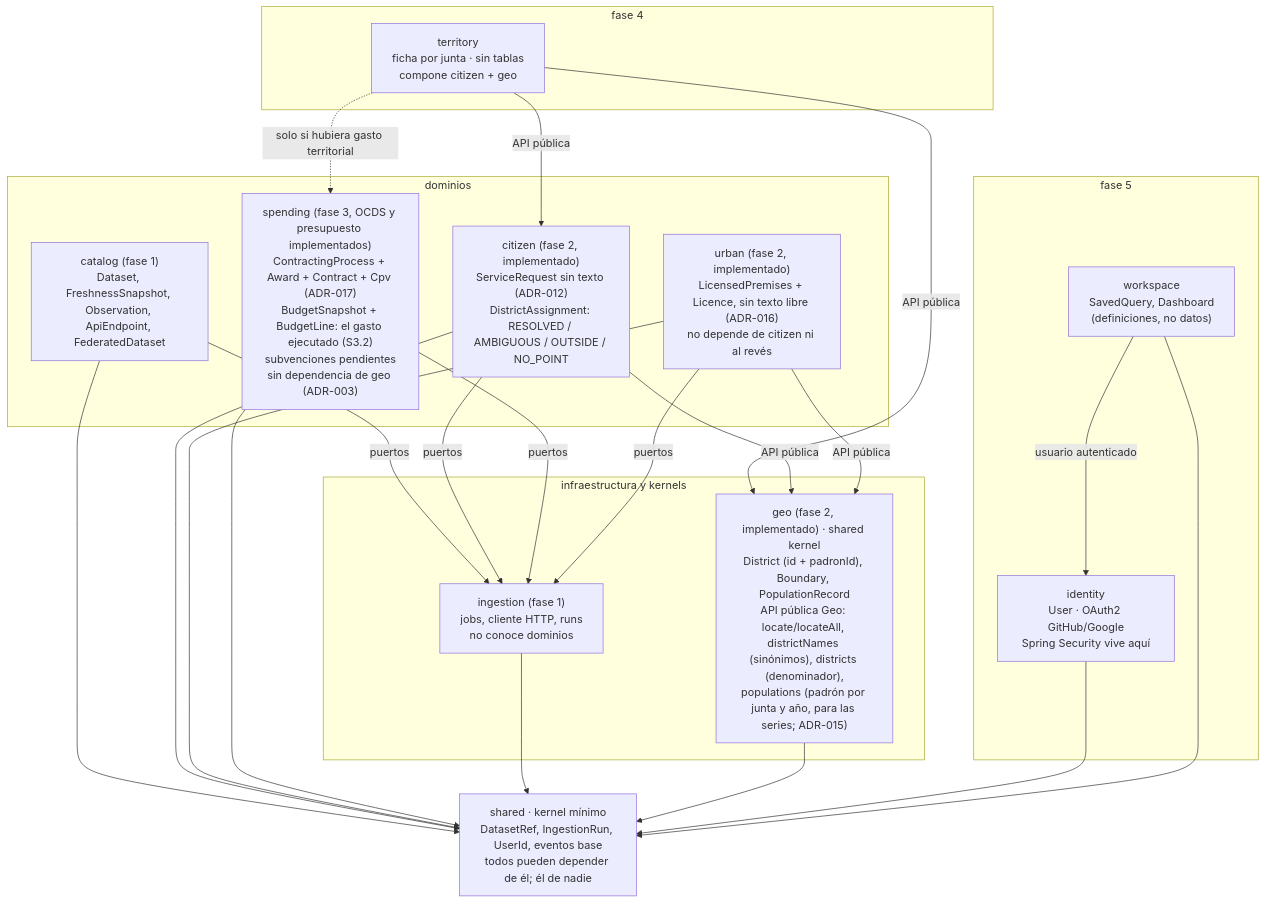
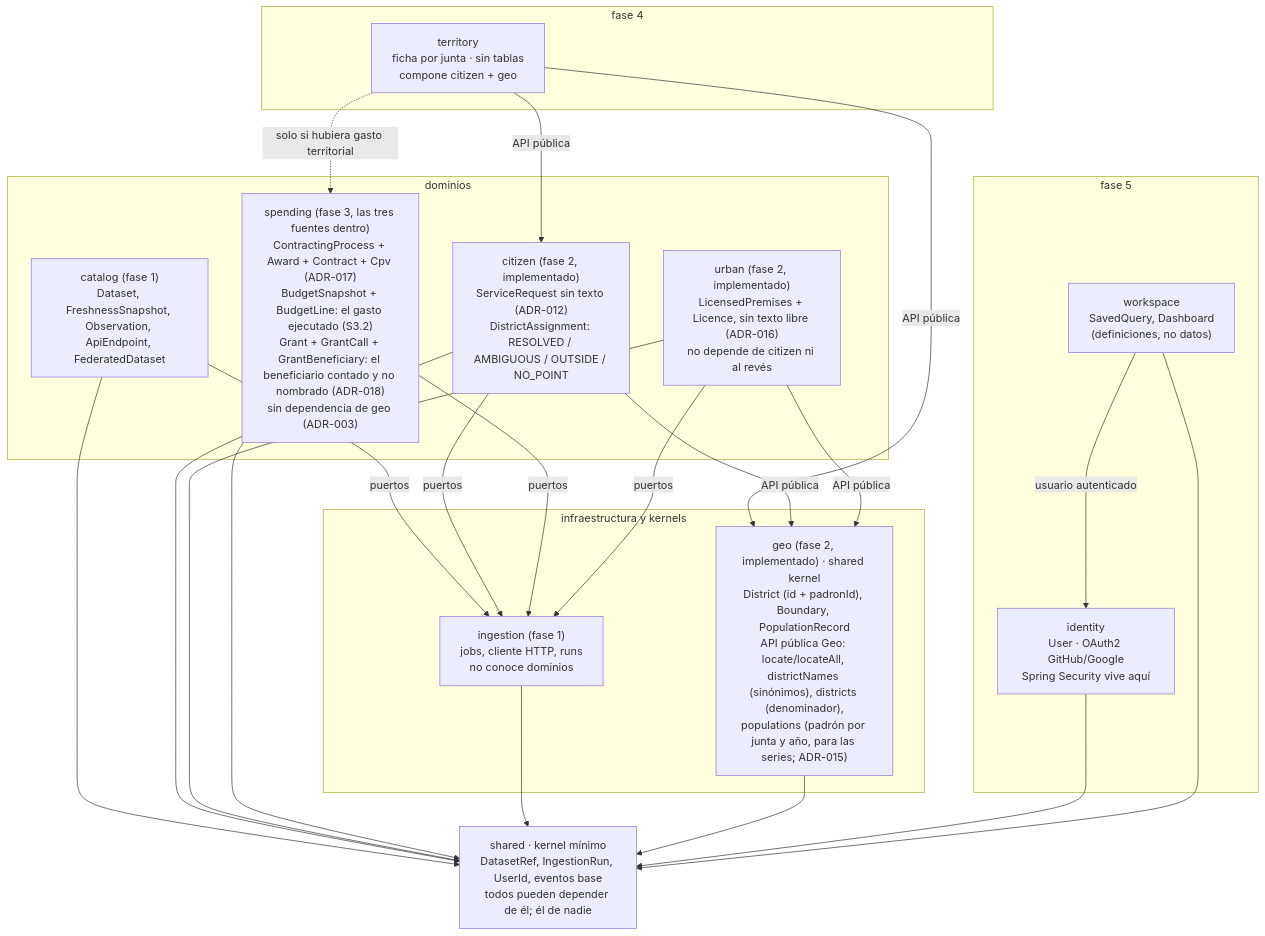
One commit to MarioNaya/zaragoza-observatorio changed the second of 3 diagrams in docs/arquitectura.md. Above: the diagram before and after it, drawn with Mermaid. The commit also changed other lines of this file and 54 other files, not shown here.

First line of the commit message:
feat(spending): las subvenciones, con el beneficiario contado y no nombrado (S3.3)

````diff
--- a/docs/arquitectura.md
+++ b/docs/arquitectura.md
@@ -79,33 +79,33 @@
 ```mermaid
 flowchart TB
   subgraph F5["fase 5"]
     WS["workspace<br/>SavedQuery, Dashboard<br/>(definiciones, no datos)"]
     ID["identity<br/>User · OAuth2 GitHub/Google<br/>Spring Security vive aquí"]
   end
   subgraph F4["fase 4"]
     TER["territory<br/>ficha por junta · sin tablas<br/>compone citizen + geo"]
   end
   subgraph DOM["dominios"]
     CATM["catalog (fase 1)<br/>Dataset, FreshnessSnapshot, Observation, ApiEndpoint, FederatedDataset"]
     CIT["citizen (fase 2, implementado)<br/>ServiceRequest sin texto (ADR-012)<br/>DistrictAssignment: RESOLVED / AMBIGUOUS / OUTSIDE / NO_POINT"]
     URB["urban (fase 2, implementado)<br/>LicensedPremises + Licence, sin texto libre (ADR-016)<br/>no depende de citizen ni al revés"]
-    SPE["spending (fase 3, OCDS y presupuesto implementados)<br/>ContractingProcess + Award + Contract + Cpv (ADR-017)<br/>BudgetSnapshot + BudgetLine: el gasto ejecutado (S3.2)<br/>subvenciones pendientes<br/>sin dependencia de geo (ADR-003)"]
+    SPE["spending (fase 3, las tres fuentes dentro)<br/>ContractingProcess + Award + Contract + Cpv (ADR-017)<br/>BudgetSnapshot + BudgetLine: el gasto ejecutado (S3.2)<br/>Grant + GrantCall + GrantBeneficiary: el beneficiario contado y no nombrado (ADR-018)<br/>sin dependencia de geo (ADR-003)"]
   end
   subgraph INFRA["infraestructura y kernels"]
     INGM["ingestion (fase 1)<br/>jobs, cliente HTTP, runs<br/>no conoce dominios"]
     GEO["geo (fase 2, implementado) · shared kernel<br/>District (id + padronId), Boundary, PopulationRecord<br/>API pública Geo: locate/locateAll, districtNames (sinónimos), districts (denominador),<br/>populations (padrón por junta y año, para las series; ADR-015)"]
   end
   SH["shared · kernel mínimo<br/>DatasetRef, IngestionRun, UserId, eventos base<br/>todos pueden depender de él; él de nadie"]
 
   WS -- "usuario autenticado" --> ID
   TER -- "API pública" --> CIT
   TER -- "API pública" --> GEO
   TER -. "solo si hubiera gasto territorial" .-> SPE
   CATM -- "puertos" --> INGM
   CIT -- "puertos" --> INGM
   SPE -- "puertos" --> INGM
   URB -- "puertos" --> INGM
   CIT -- "API pública" --> GEO
   URB -- "API pública" --> GEO
   CATM & CIT & URB & SPE & INGM & GEO & ID & WS --> SH
 ```
````
